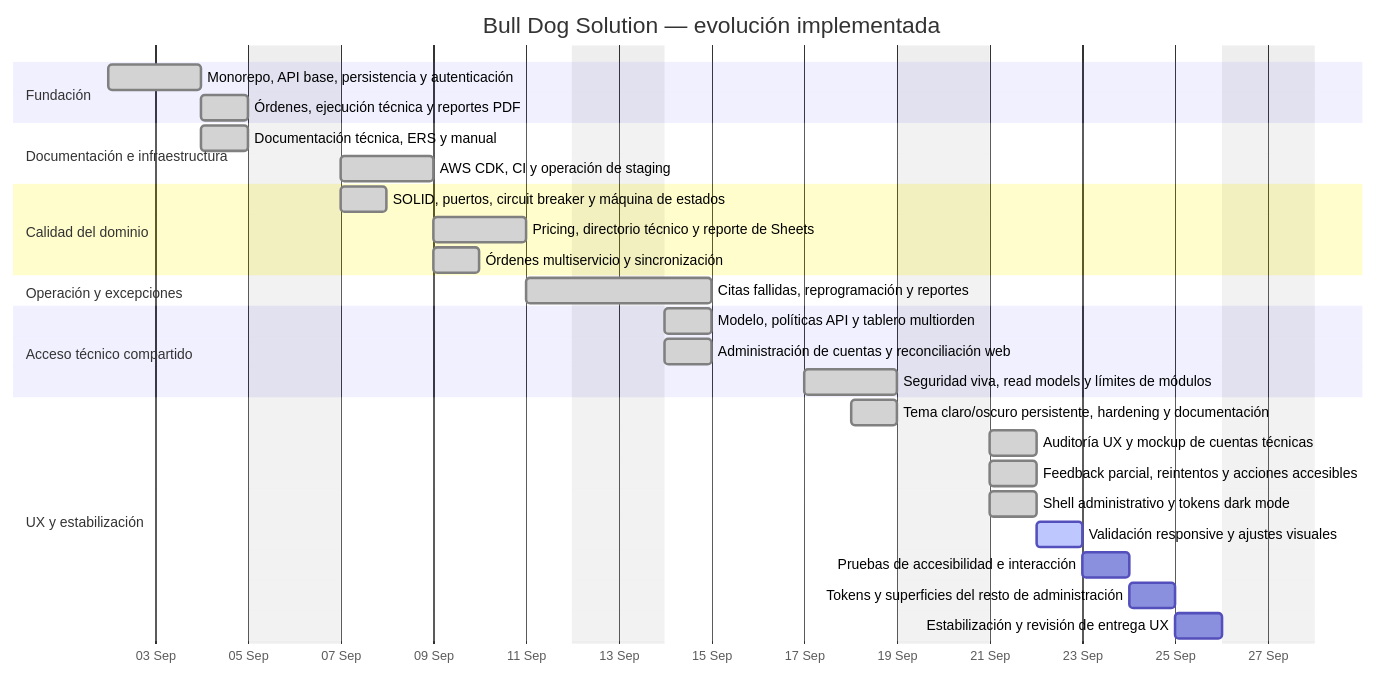
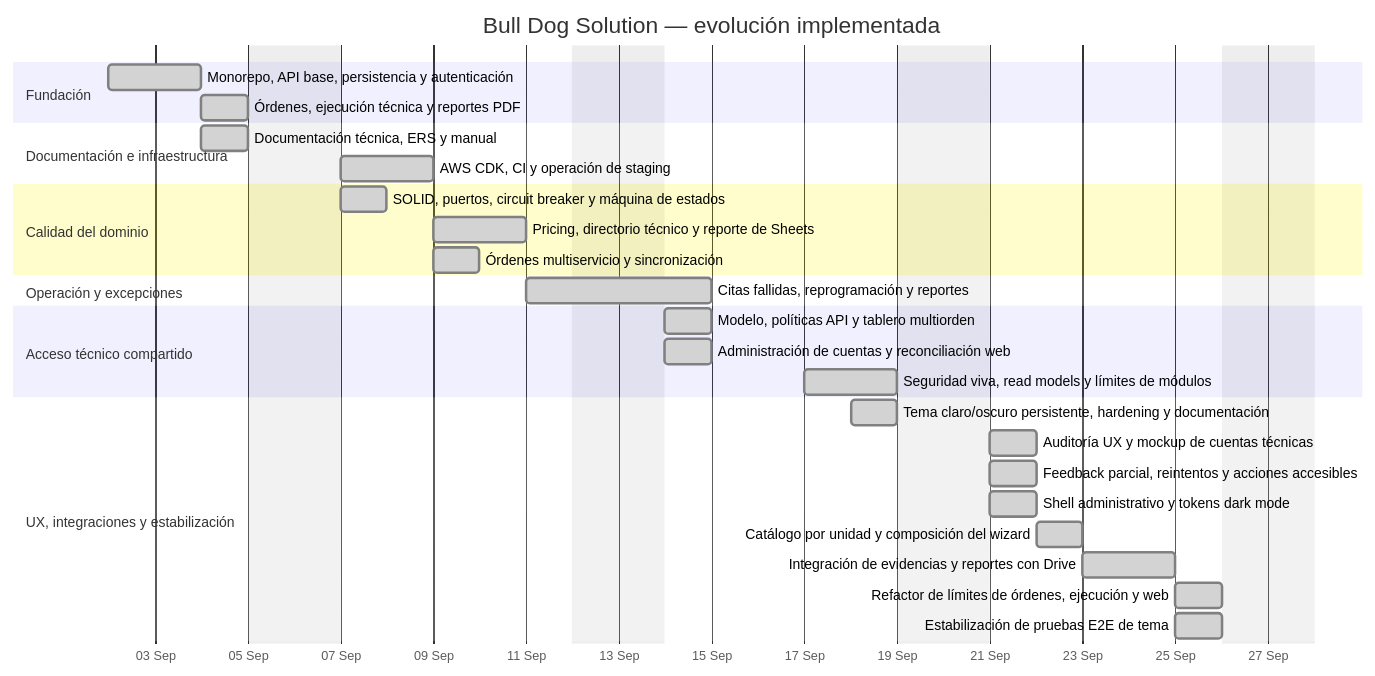
Before and after one commit to luistorres-idt/puk: the diagram in docs/project-timeline.md, drawn with Mermaid. The commit also changed other lines of this file and 14 other files, not shown here.

````diff
--- a/docs/project-timeline.md
+++ b/docs/project-timeline.md
@@ -10,39 +10,39 @@
 ```mermaid
 gantt
     title Bull Dog Solution — evolución implementada
     dateFormat  YYYY-MM-DD
     axisFormat  %d %b
     todayMarker stroke-width:2,stroke:#ef4444
     excludes weekends
 
     section Fundación
     Monorepo, API base, persistencia y autenticación :done, foundation, 2026-09-02, 2d
     Órdenes, ejecución técnica y reportes PDF        :done, core, after foundation, 1d
 
     section Documentación e infraestructura
     Documentación técnica, ERS y manual        :done, docs, 2026-09-04, 1d
     AWS CDK, CI y operación de staging         :done, infra, 2026-09-07, 2d
 
     section Calidad del dominio
     SOLID, puertos, circuit breaker y máquina de estados :done, solid, 2026-09-07, 1d
     Pricing, directorio técnico y reporte de Sheets     :done, pricing, 2026-09-09, 2d
     Órdenes multiservicio y sincronización              :done, multiservice, 2026-09-09, 1d
 
     section Operación y excepciones
     Citas fallidas, reprogramación y reportes           :done, failed, 2026-09-11, 2d
 
     section Acceso técnico compartido
     Modelo, políticas API y tablero multiorden    :done, shared-api, 2026-09-14, 1d
     Administración de cuentas y reconciliación web :done, shared-web, 2026-09-14, 1d
     Seguridad viva, read models y límites de módulos :done, hardening, 2026-09-17, 2d
 
-    section UX y estabilización
+    section UX, integraciones y estabilización
     Tema claro/oscuro persistente, hardening y documentación :done, staging-ux, 2026-09-18, 1d
     Auditoría UX y mockup de cuentas técnicas              :done, ux-audit, 2026-09-21, 1d
     Feedback parcial, reintentos y acciones accesibles    :done, ux-accounts, 2026-09-21, 1d
     Shell administrativo y tokens dark mode                :done, ux-shell, 2026-09-21, 1d
-    Validación responsive y ajustes visuales               :active, ux-validation, 2026-09-22, 1d
-    Pruebas de accesibilidad e interacción                 :ux-a11y, 2026-09-23, 1d
-    Tokens y superficies del resto de administración       :ux-admin, 2026-09-24, 1d
-    Estabilización y revisión de entrega UX                :ux-handoff, 2026-09-25, 1d
+    Catálogo por unidad y composición del wizard            :done, order-wizard, 2026-09-22, 1d
+    Integración de evidencias y reportes con Drive          :done, drive, 2026-09-23, 2d
+    Refactor de límites de órdenes, ejecución y web         :done, maintainability, 2026-09-25, 1d
+    Estabilización de pruebas E2E de tema                   :done, theme-tests, 2026-09-25, 1d
 ```
````
